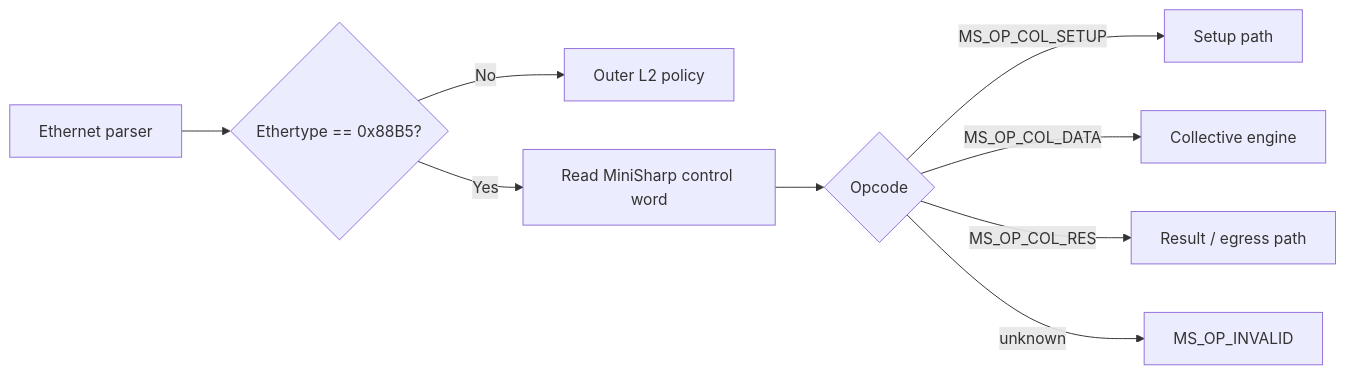
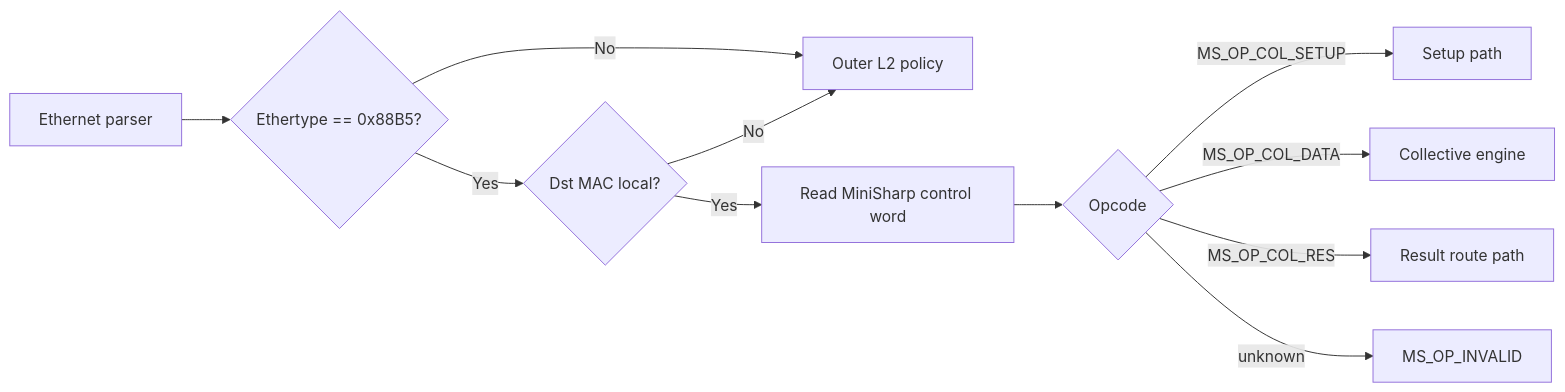
One commit to uniquadev/prism changed the fourth of 13 diagrams in docs/chapters/3-architecture/protocol.md. Above: the diagram before and after it, drawn with Mermaid. The commit also changed other lines of this file and 9 other files, not shown here.

````diff
--- a/docs/chapters/3-architecture/protocol.md
+++ b/docs/chapters/3-architecture/protocol.md
@@ -246,11 +343,13 @@
 ```mermaid
 flowchart LR
     ETH["Ethernet parser"] --> TYPE{"Ethertype == 0x88B5?"}
     TYPE -->|No| L2["Outer L2 policy"]
-    TYPE -->|Yes| CTRL["Read MiniSharp control word"]
+    TYPE -->|Yes| OWN{"Dst MAC local?"}
+    OWN -->|No| L2
+    OWN -->|Yes| CTRL["Read MiniSharp control word"]
     CTRL --> OP{"Opcode"}
     OP -->|MS_OP_COL_SETUP| SETUP["Setup path"]
     OP -->|MS_OP_COL_DATA| DATA["Collective engine"]
-    OP -->|MS_OP_COL_RES| RES["Result / egress path"]
+    OP -->|MS_OP_COL_RES| RES["Result route path"]
     OP -->|unknown| INV["MS_OP_INVALID"]
 ```
````
